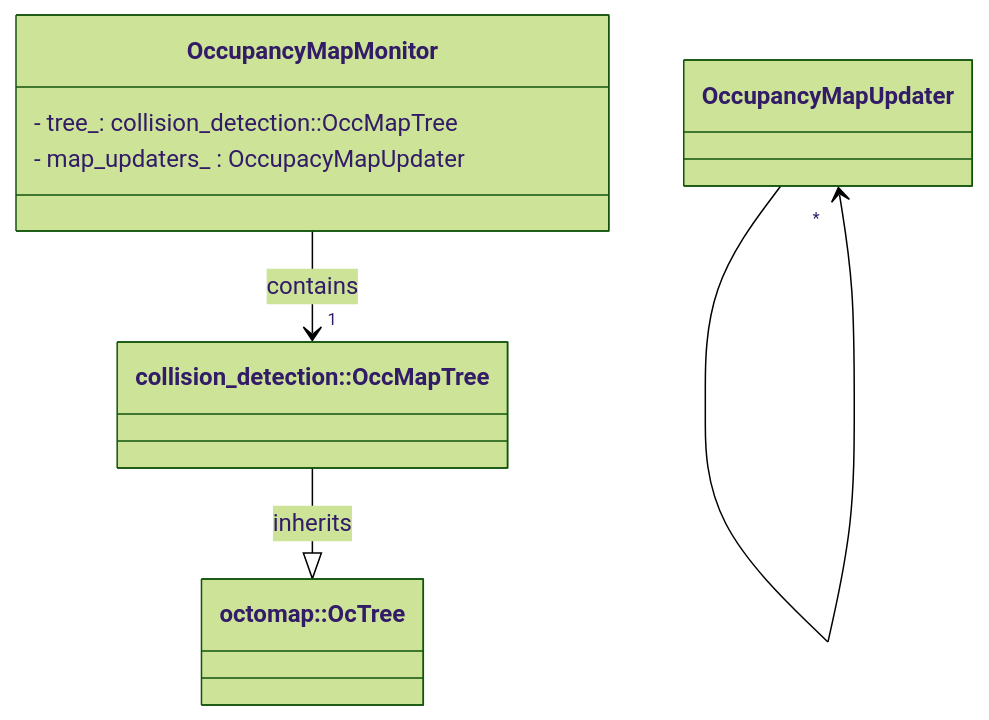
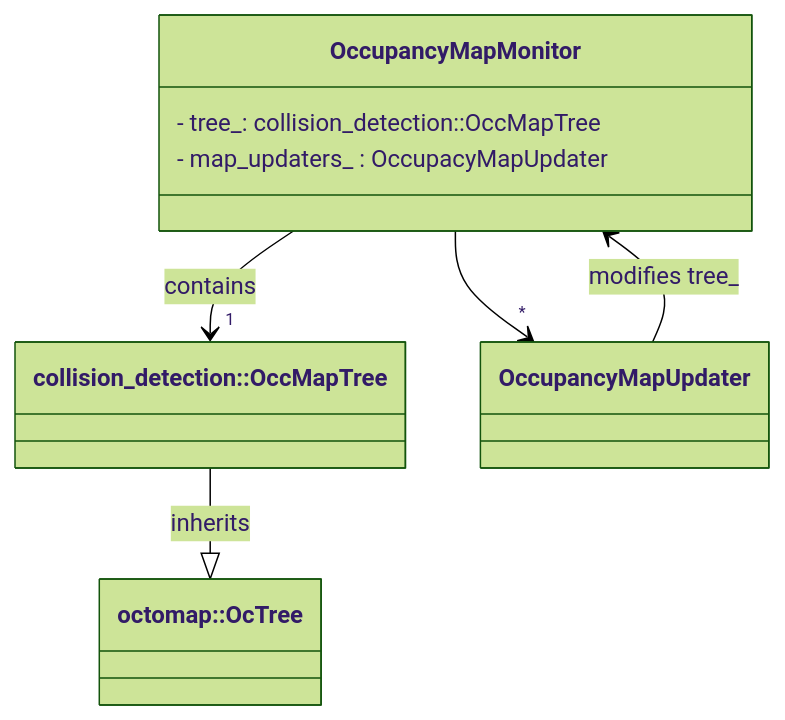
The second of 2 diagrams in 02_planning_scene/src/d_octomap_monitor/readme.md (rafaelrojasmiliani/moveit_tutorial), drawn with Mermaid (forest theme) before and after one commit. The commit also changed other lines of this file and 1 other file, not shown here.

````diff
--- a/02_planning_scene/src/d_octomap_monitor/readme.md
+++ b/02_planning_scene/src/d_octomap_monitor/readme.md
@@ -54,15 +54,15 @@
 ```mermaid
 classDiagram
     class OccupancyMapMonitor {
         - tree_: collision_detection::OccMapTree
         - map_updaters_ : OccupacyMapUpdater
     }
     class `collision_detection::OccMapTree`
     class `octomap::OcTree`
     class OccupancyMapUpdater
 
     OccupancyMapMonitor --> "1" `collision_detection::OccMapTree`: contains
-
-    OccupancyMapUpdater --> "*" OccupancyMapUpdater
-	`collision_detection::OccMapTree`--|> `octomap::OcTree` : inherits
+    OccupancyMapMonitor --> "*" OccupancyMapUpdater
+    OccupancyMapUpdater --> OccupancyMapMonitor : modifies tree_
+	`collision_detection::OccMapTree` --|> `octomap::OcTree` : inherits
 ```
````
